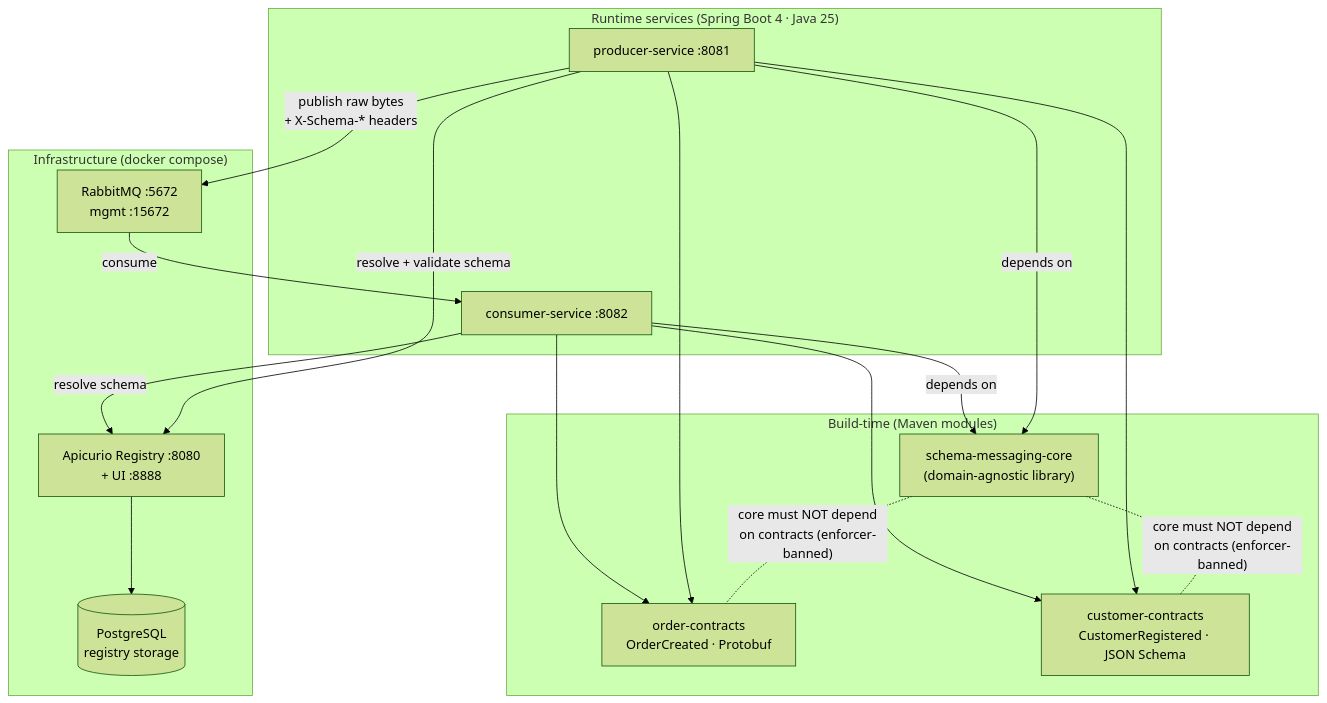
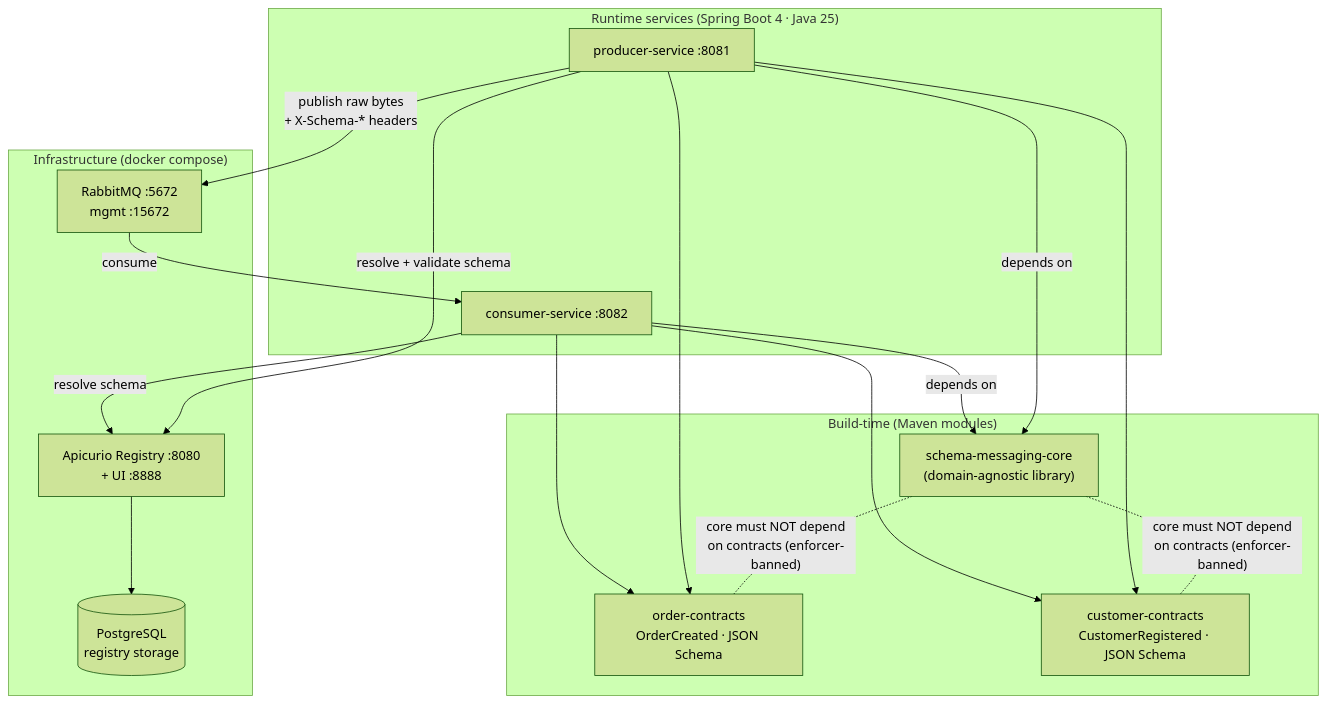
Before and after one commit to anarefin/schema-registry-demo: the diagram in docs/presentation/diagrams/d1-architecture.mmd, drawn with Mermaid (forest theme). The commit also changed 20 other files, not shown here.

First line of the commit message:
Update docs and CI workflows for the JSON Schema-only refactor

```diff
--- a/docs/presentation/diagrams/d1-architecture.mmd
+++ b/docs/presentation/diagrams/d1-architecture.mmd
@@ -1,30 +1,30 @@
 graph TB
     subgraph dev["Build-time (Maven modules)"]
         core["schema-messaging-core<br/>(domain-agnostic library)"]
-        oc["order-contracts<br/>OrderCreated · Protobuf"]
+        oc["order-contracts<br/>OrderCreated · JSON Schema"]
         cc["customer-contracts<br/>CustomerRegistered · JSON Schema"]
         core -. "core must NOT depend<br/>on contracts (enforcer-banned)" .- oc
         core -. "core must NOT depend<br/>on contracts (enforcer-banned)" .- cc
     end
 
     subgraph run["Runtime services (Spring Boot 4 · Java 25)"]
         prod["producer-service :8081"]
         cons["consumer-service :8082"]
     end
 
     subgraph infra["Infrastructure (docker compose)"]
         reg["Apicurio Registry :8080<br/>+ UI :8888"]
         pg[("PostgreSQL<br/>registry storage")]
         rmq["RabbitMQ :5672<br/>mgmt :15672"]
     end
 
     prod -->|depends on| core
     cons -->|depends on| core
     prod --> oc & cc
     cons --> oc & cc
 
     reg --> pg
     prod -->|"resolve + validate schema"| reg
     cons -->|"resolve schema"| reg
     prod -->|"publish raw bytes<br/>+ X-Schema-* headers"| rmq
     rmq -->|"consume"| cons
```
